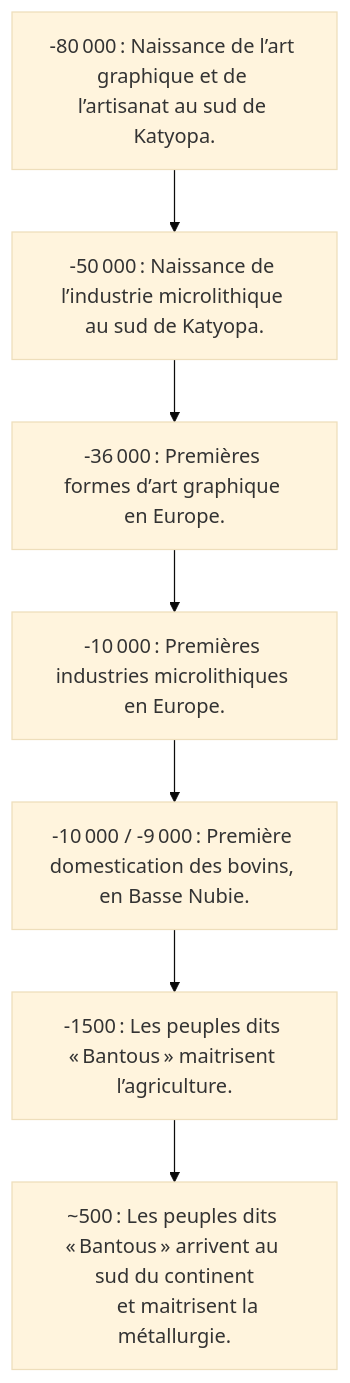
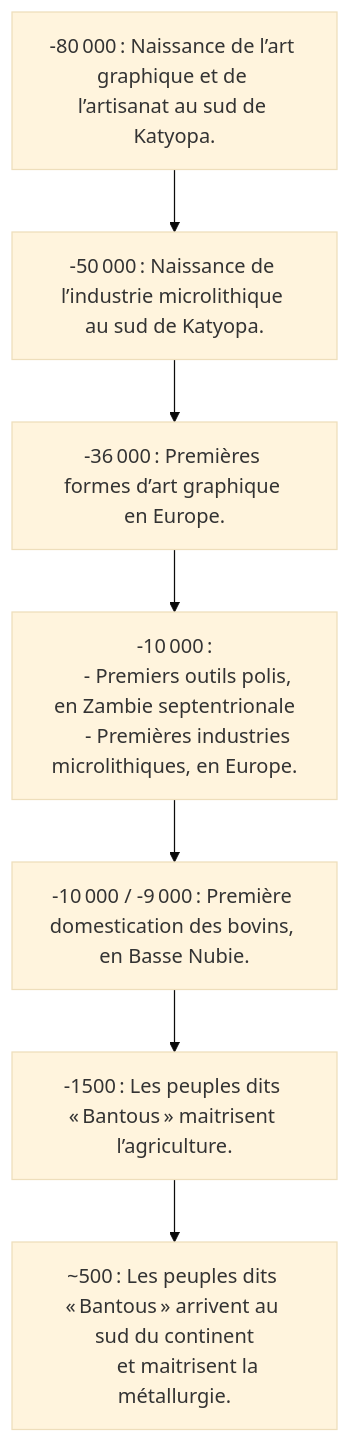
Before and after one commit to ba-moun/Ba-Moun-Save: the diagram in en-cours/histoire/avancées-technologiques.md, drawn with Mermaid (base theme). The commit also changed other lines of this file, not shown here.

Commit message:
docs: update en-cours/histoire/avancées-technologiques

````diff
--- a/en-cours/histoire/avancées-technologiques.md
+++ b/en-cours/histoire/avancées-technologiques.md
@@ -15,20 +15,22 @@
 ```mermaid
 flowchart TB
    graphicArts["-80 000 : Naissance de l’art graphique et de l’artisanat au sud de Katyopa."]
    
    technocomplex["-50 000 : Naissance de l’industrie microlithique au sud de Katyopa."]
    
    graphicArtsInEu["-36 000 : Premières formes d’art graphique en Europe."]
    
-   technocomplexInEu["-10 000 : Premières industries microlithiques en Europe."]
+   technocomplexInEu["-10 000 :
+      - Premiers outils polis, en Zambie septentrionale
+      - Premières industries microlithiques, en Europe."]
    
    cattleDomestication["-10 000 / -9 000 : Première domestication des bovins, en Basse Nubie."]
 
    agriculture["-1500 : Les peuples dits « Bantous » maitrisent l’agriculture."]
    
    metalworkingIndustry["~500 : Les peuples dits « Bantous » arrivent au sud du continent
       et maitrisent la métallurgie."]
       
    graphicArts --> technocomplex --> graphicArtsInEu --> technocomplexInEu --> cattleDomestication --> agriculture --> metalworkingIndustry
    
 ```
````
